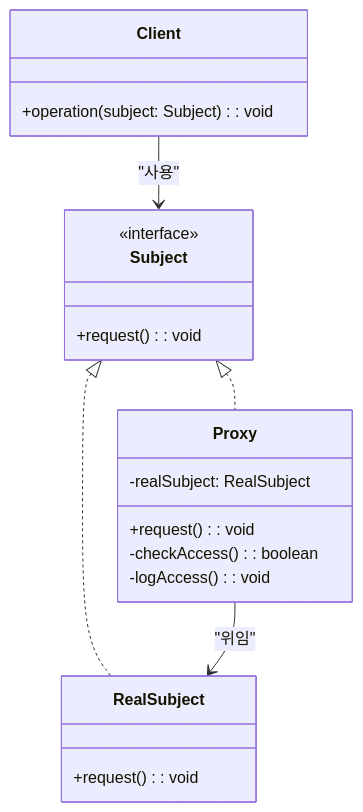
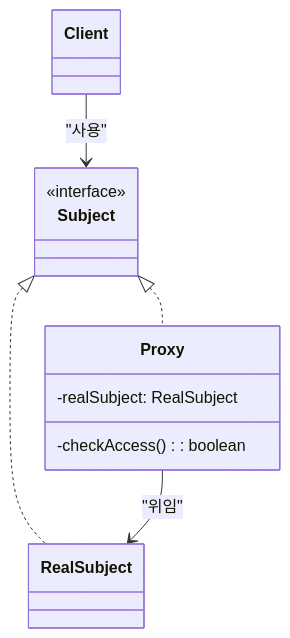
One commit to yjkim2015/yjkim2015.github.io changed the first of 2 diagrams in _posts/designPattern/2022-01-25-ProxyPattern.md. Above: the diagram before and after it, drawn with Mermaid. The commit also changed other lines of this file and 215 other files, not shown here.

First line of the commit message:
신규 포스트 10개 추가 + Mermaid 전면 축소 + SystemDesign 시리즈 보강

````diff
--- a/_posts/designPattern/2022-01-25-ProxyPattern.md
+++ b/_posts/designPattern/2022-01-25-ProxyPattern.md
@@ -36,24 +36,14 @@
 ```mermaid
 classDiagram
-    class Subject {
-        <<interface>>
-        +request(): void
-    }
-    class RealSubject {
-        +request(): void
-    }
+    class Subject { <<interface>> }
+    class RealSubject
     class Proxy {
         -realSubject: RealSubject
-        +request(): void
         -checkAccess(): boolean
-        -logAccess(): void
     }
-    class Client {
-        +operation(subject: Subject): void
-    }
-
+    class Client
     Subject <|.. RealSubject
     Subject <|.. Proxy
     Proxy --> RealSubject : "위임"
     Client --> Subject : "사용"
 ```
````
